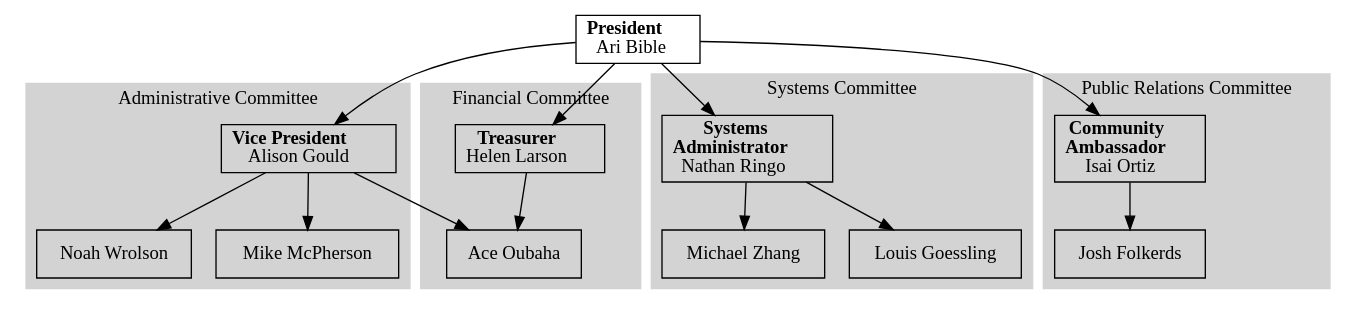
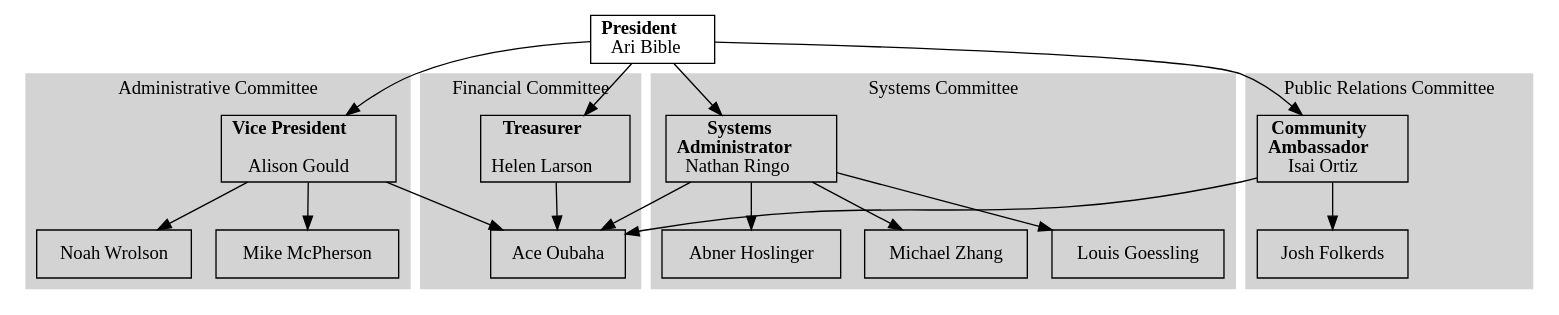
One commit to acmumn/officer-resources changed the diagram in charts/officers.dot. Above: the diagram before and after it, drawn with Graphviz.

Commit message:
New committee stuff

```diff
--- a/charts/officers.dot
+++ b/charts/officers.dot
@@ -1,53 +1,54 @@
 digraph officerPositions {
 	node[shape = "box"];
 	president [label = <<b>President</b><br/>Ari Bible>];
 
 	// Ari lording their power over us.
 	president -> vicePresident, treasurer, sysadmin, communityAmbassador;
 
 	subgraph cluster_financial {
-		treasurer [label = <<b>Treasurer</b><br/>Helen Larson>];
+		treasurer [label = <<b>Treasurer</b><br/><br/>Helen Larson>];
 		ace [label = "Ace Oubaha"];
 
 		treasurer -> ace;
 
 		color = "lightgrey";
 		label = "Financial Committee";
 		style = "filled";
 	}
 
 	subgraph cluster_administrative {
-		vicePresident [label = <<b>Vice President</b><br/>Alison Gould>];
+		vicePresident [label = <<b>Vice President</b><br/><br/>Alison Gould>];
 		secretary [label = "Noah Wrolson"];
 		mike [label = "Mike McPherson"];
 
 		vicePresident -> secretary, ace, mike;
 
 		color = lightgrey;
 		label = "Administrative Committee";
 		style = filled;
 	}
 
 	subgraph cluster_public_relations {
 		communityAmbassador [label = <<b>Community<br/>Ambassador</b><br/>Isai Ortiz>];
 		membership [label = "Josh Folkerds"];
 
-		communityAmbassador -> membership;
+		communityAmbassador -> ace, membership;
 
 		color = lightgrey;
 		label = "Public Relations Committee";
 		style = filled;
 	}
 
 	subgraph cluster_systems {
 		sysadmin [label = <<b>Systems<br/>Administrator</b><br/>Nathan Ringo>];
 		webmaster [label = "Michael Zhang"];
 		louis [label = "Louis Goessling"];
+		abner [label = "Abner Hoslinger"];
 
-		sysadmin -> webmaster, louis;
+		sysadmin -> abner, ace, webmaster, louis;
 
 		color = lightgrey;
 		label = "Systems Committee";
 		style = filled;
 	}
 }
```
